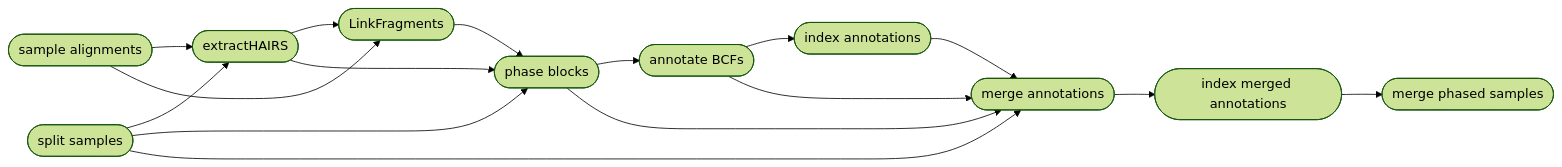
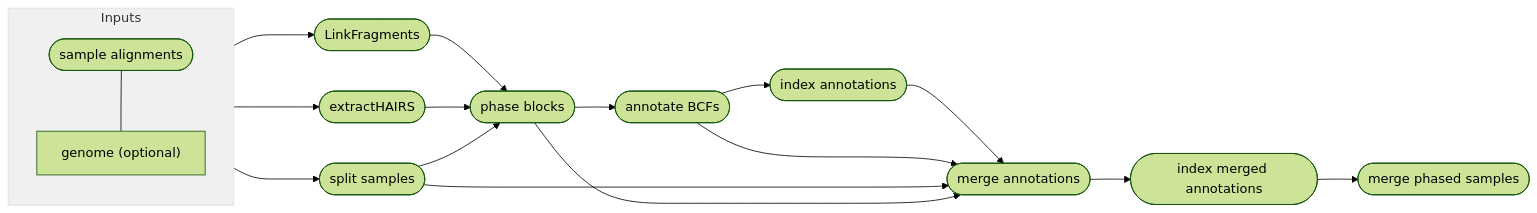
One commit to pdimens/harpy changed the diagram in Modules/phase.md. Above: the diagram before and after it, drawn with Mermaid (forest theme). The commit also changed 10 other files, not shown here.

Commit message:
make all the mermaids nicer

````diff
--- a/Modules/phase.md
+++ b/Modules/phase.md
@@ -80,18 +80,21 @@
 ```mermaid
 graph LR
-    A([split samples]) --> B([extractHAIRS])
-    B-->C([LinkFragments])
-    Z([sample alignments]) --> B
-    Z-->C
+    subgraph Inputs
+    Z([sample alignments])---gen["genome (optional)"]
+    end
+    Inputs --> B([extractHAIRS])
+    Inputs--->A([split samples])
+    Inputs-->C([LinkFragments])
     C-->D([phase blocks])
     B-->D
     A-->D
     D-->E([annotate BCFs])
     E-->F([index annotations])
     F-->G([merge annotations])
     E-->G
     A-->G
     D-->G
     G-->H([index merged annotations])
     H-->I([merge phased samples])
+    style Inputs fill:#f0f0f0,stroke:#e8e8e8,stroke-width:2px
 ```
````
